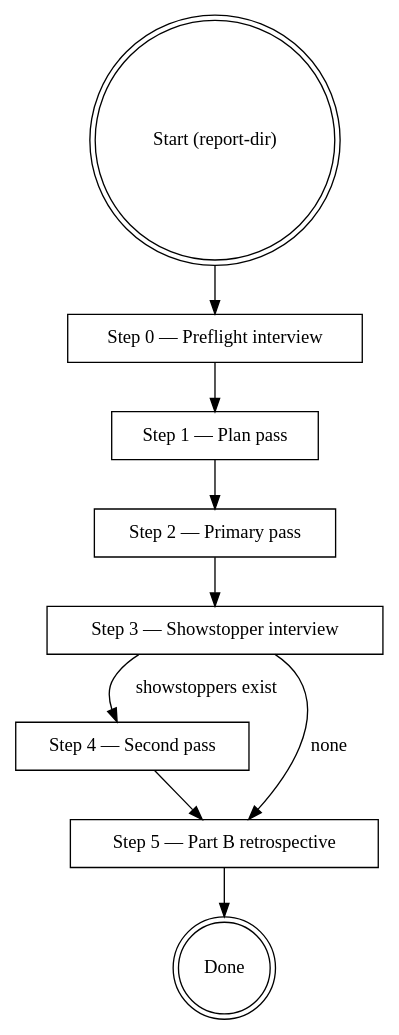
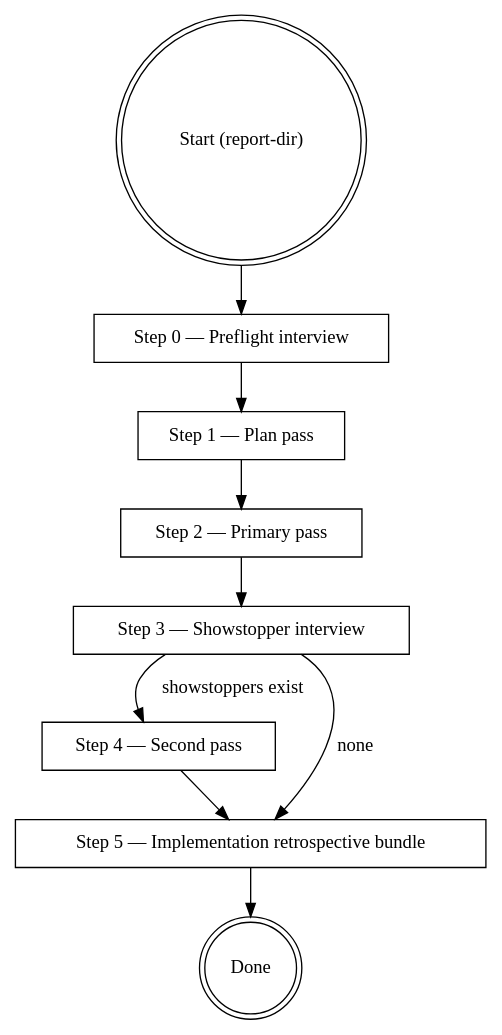
Before and after one commit to Tuxie/vibe: the diagram in plugins/codebase-deep-analysis/skills/implement-analysis-report/SKILL.md, drawn with Graphviz. The commit also changed other lines of this file and 13 other files, not shown here.

````diff
--- a/plugins/codebase-deep-analysis/skills/implement-analysis-report/SKILL.md
+++ b/plugins/codebase-deep-analysis/skills/implement-analysis-report/SKILL.md
@@ -36,21 +36,21 @@
 ```dot
 digraph iar_flow {
     "Start (report-dir)" [shape=doublecircle];
     "Step 0 — Preflight interview" [shape=box];
     "Step 1 — Plan pass" [shape=box];
     "Step 2 — Primary pass" [shape=box];
     "Step 3 — Showstopper interview" [shape=box];
     "Step 4 — Second pass" [shape=box];
-    "Step 5 — Part B retrospective" [shape=box];
+    "Step 5 — Implementation retrospective bundle" [shape=box];
     "Done" [shape=doublecircle];
 
     "Start (report-dir)" -> "Step 0 — Preflight interview";
     "Step 0 — Preflight interview" -> "Step 1 — Plan pass";
     "Step 1 — Plan pass" -> "Step 2 — Primary pass";
     "Step 2 — Primary pass" -> "Step 3 — Showstopper interview";
     "Step 3 — Showstopper interview" -> "Step 4 — Second pass" [label="showstoppers exist"];
-    "Step 3 — Showstopper interview" -> "Step 5 — Part B retrospective" [label="none"];
-    "Step 4 — Second pass" -> "Step 5 — Part B retrospective";
-    "Step 5 — Part B retrospective" -> "Done";
+    "Step 3 — Showstopper interview" -> "Step 5 — Implementation retrospective bundle" [label="none"];
+    "Step 4 — Second pass" -> "Step 5 — Implementation retrospective bundle";
+    "Step 5 — Implementation retrospective bundle" -> "Done";
 }
 ```
````
